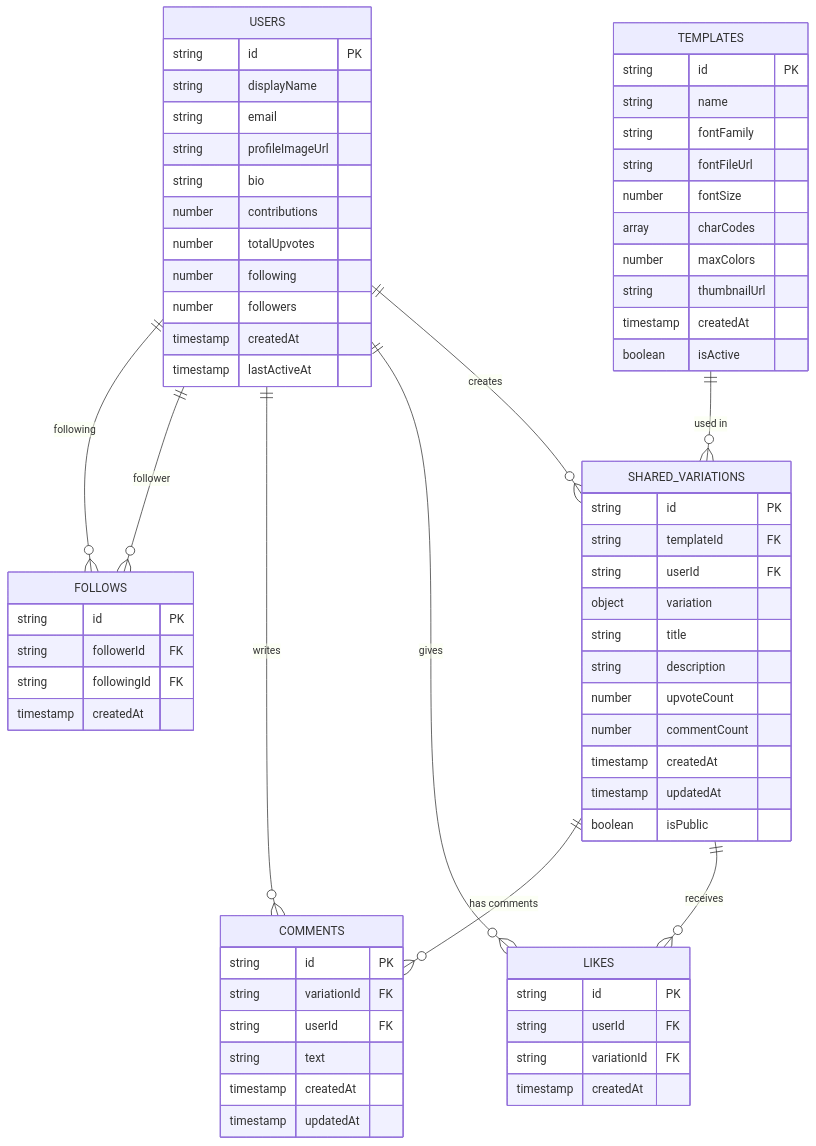
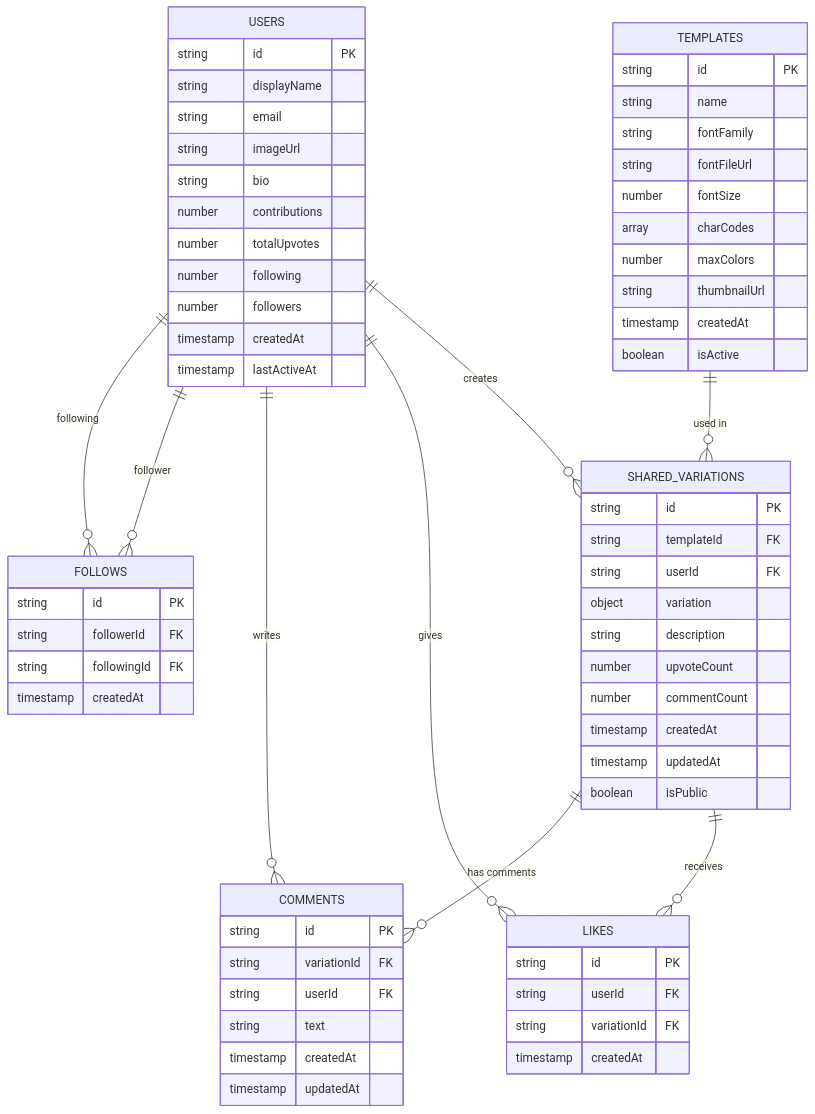
One commit to fahadjaved882244/colartive changed the diagram in firestore_schema.md. Above: the diagram before and after it, drawn with Mermaid. The commit also changed other lines of this file and 29 other files, not shown here.

````diff
--- a/firestore_schema.md
+++ b/firestore_schema.md
@@ -131,77 +129,76 @@
 ```mermaid
 erDiagram
     USERS ||--o{ SHARED_VARIATIONS : creates
     USERS ||--o{ LIKES : gives
     USERS ||--o{ COMMENTS : writes
     USERS ||--o{ FOLLOWS : follower
     USERS ||--o{ FOLLOWS : following
     
     TEMPLATES ||--o{ SHARED_VARIATIONS : "used in"
     
     SHARED_VARIATIONS ||--o{ LIKES : receives
     SHARED_VARIATIONS ||--o{ COMMENTS : "has comments"
     
     USERS {
         string id PK
         string displayName
         string email
-        string profileImageUrl
+        string imageUrl
         string bio
         number contributions
         number totalUpvotes
         number following
         number followers
         timestamp createdAt
         timestamp lastActiveAt
     }
     
     TEMPLATES {
         string id PK
         string name
         string fontFamily
         string fontFileUrl
         number fontSize
         array charCodes
         number maxColors
         string thumbnailUrl
         timestamp createdAt
         boolean isActive
     }
     
     SHARED_VARIATIONS {
         string id PK
         string templateId FK
         string userId FK
         object variation
-        string title
         string description
         number upvoteCount
         number commentCount
         timestamp createdAt
         timestamp updatedAt
         boolean isPublic
     }
     
     LIKES {
         string id PK
         string userId FK
         string variationId FK
         timestamp createdAt
     }
     
     COMMENTS {
         string id PK
         string variationId FK
         string userId FK
         string text
         timestamp createdAt
         timestamp updatedAt
     }
     
     FOLLOWS {
         string id PK
         string followerId FK
         string followingId FK
         timestamp createdAt
     }
 ```
````
